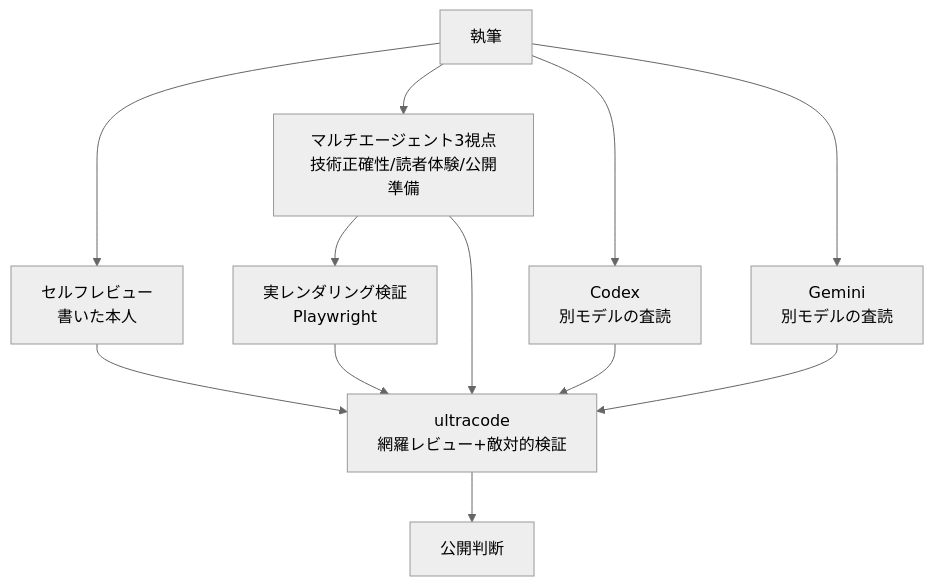
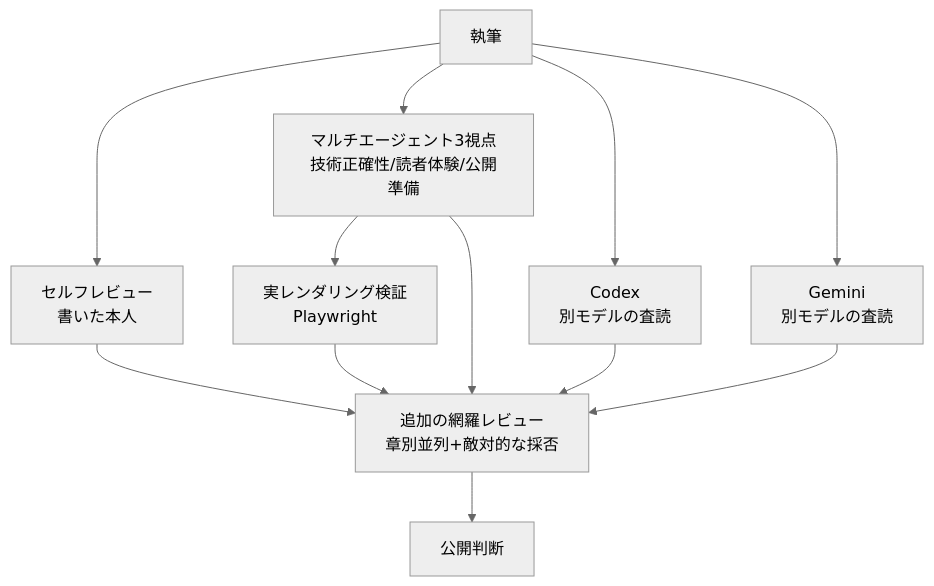
The diagram in articles/multi-agent-book-review-workflow.md (s977043/my-blog), drawn with Mermaid (neutral theme) before and after one commit. The commit also changed other lines of this file, not shown here.

````diff
--- a/articles/multi-agent-book-review-workflow.md
+++ b/articles/multi-agent-book-review-workflow.md
@@ -26,10 +26,10 @@
 ```mermaid
 flowchart TD
     W[執筆] --> S[セルフレビュー<br/>書いた本人]
     W --> M[マルチエージェント3視点<br/>技術正確性/読者体験/公開準備]
     W --> C[Codex<br/>別モデルの査読]
     W --> G[Gemini<br/>別モデルの査読]
     M --> R[実レンダリング検証<br/>Playwright]
-    S & M & C & G & R --> U[ultracode<br/>網羅レビュー+敵対的検証]
+    S & M & C & G & R --> U[追加の網羅レビュー<br/>章別並列+敵対的な採否]
     U --> P[公開判断]
 ```
````
